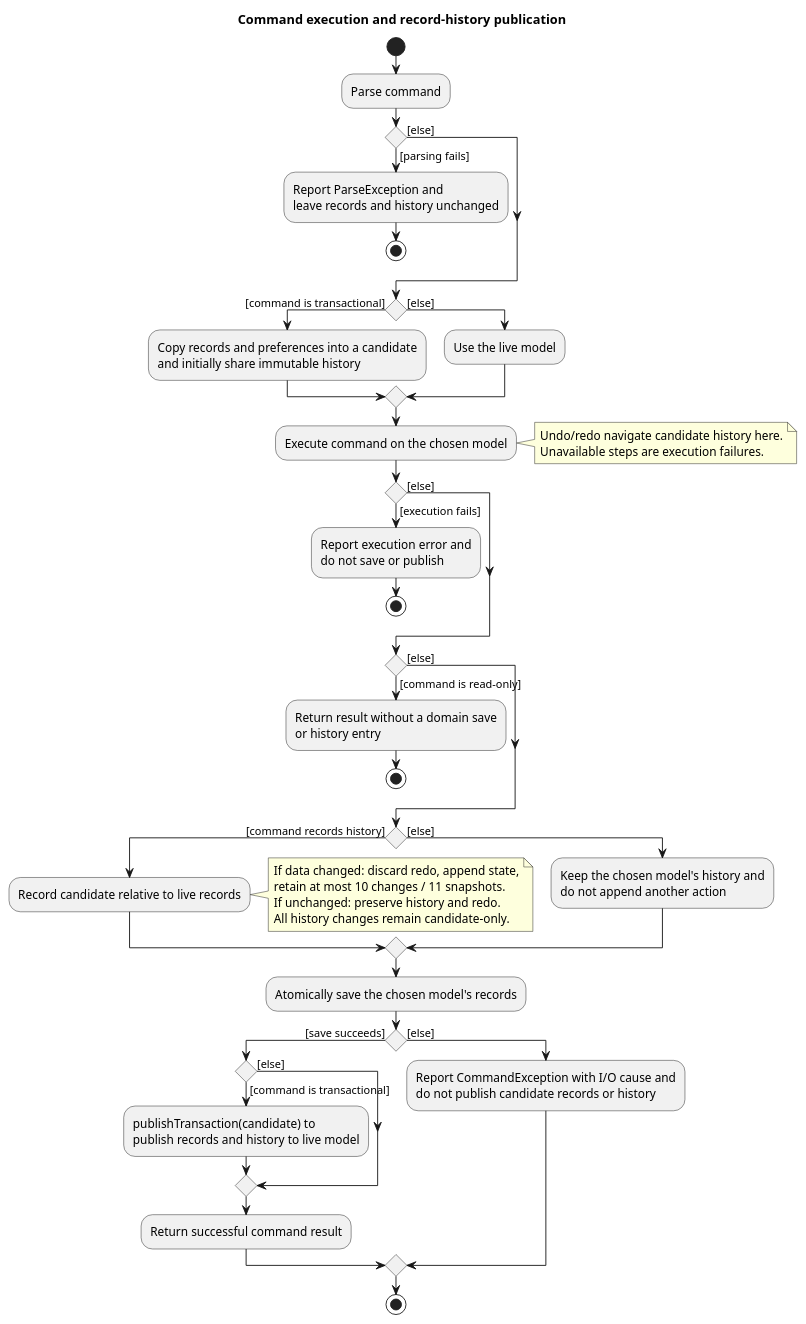
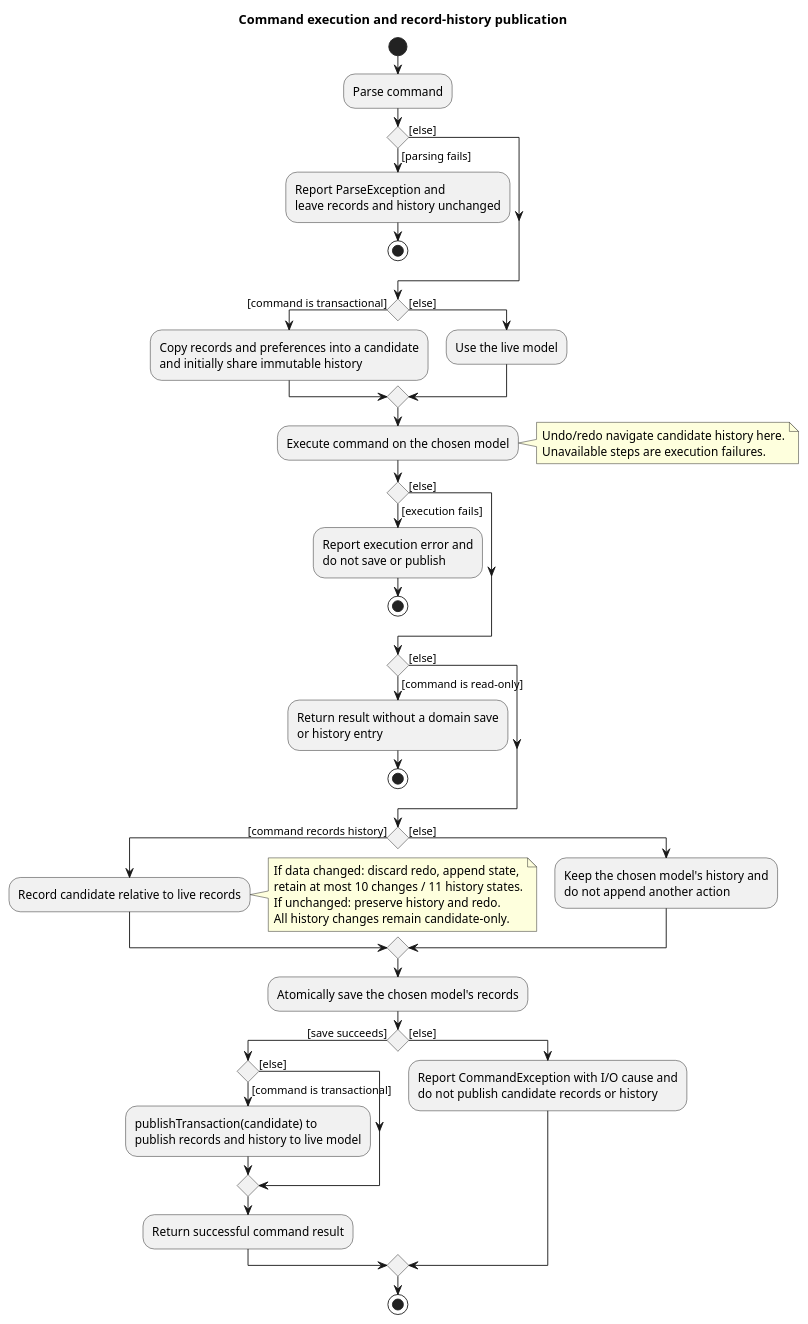
The diagram in diagrams/CommitActivityDiagram.puml (AY2627S1-CS2103T-F15-2/tp), drawn with PlantUML before and after one commit. The commit also changed 107 other files, not shown here.

```diff
--- a/diagrams/CommitActivityDiagram.puml
+++ b/diagrams/CommitActivityDiagram.puml
@@ -1,63 +1,63 @@
 @startuml
 skinparam shadowing false
 skinparam defaultFontName Arial
 skinparam ActivityFontSize 13
 skinparam ArrowFontSize 12
 
 title Command execution and record-history publication
 start
 :Parse command;
 if () then ([parsing fails])
   :Report ParseException and
 leave records and history unchanged;
   stop
 else ([else])
 endif
 if () then ([command is transactional])
   :Copy records and preferences into a candidate\nand initially share immutable history;
 else ([else])
   :Use the live model;
 endif
 :Execute command on the chosen model;
 note right
   Undo/redo navigate candidate history here.
   Unavailable steps are execution failures.
 end note
 if () then ([execution fails])
   :Report execution error and
 do not save or publish;
   stop
 else ([else])
 endif
 if () then ([command is read-only])
   :Return result without a domain save
 or history entry;
   stop
 else ([else])
 endif
 if () then ([command records history])
   :Record candidate relative to live records;
   note right
     If data changed: discard redo, append state,
-    retain at most 10 changes / 11 snapshots.
+    retain at most 10 changes / 11 history states.
     If unchanged: preserve history and redo.
     All history changes remain candidate-only.
   end note
 else ([else])
   :Keep the chosen model's history and
 do not append another action;
 endif
 :Atomically save the chosen model's records;
 if () then ([save succeeds])
   if () then ([command is transactional])
     :publishTransaction(candidate) to
 publish records and history to live model;
   else ([else])
   endif
   :Return successful command result;
 else ([else])
   :Report CommandException with I/O cause and
 do not publish candidate records or history;
 endif
 stop
 @enduml
```
